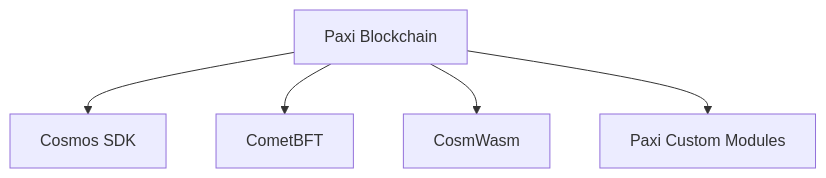
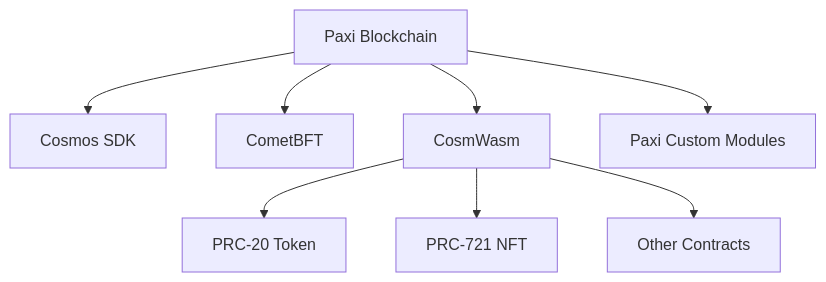
One commit to paxi-web3/paxi changed the diagram in README.md. Above: the diagram before and after it, drawn with Mermaid.

Commit message:
usual updates

````diff
--- a/README.md
+++ b/README.md
@@ -54,7 +54,10 @@
 ```mermaid
 graph TD
   A[Paxi Blockchain] --> B[Cosmos SDK]
   A --> C[CometBFT]
   A --> D[CosmWasm]
   A --> E[Paxi Custom Modules]
+  D --> F[PRC-20 Token]
+  D --> G[PRC-721 NFT]
+  D --> H[Other Contracts]
   ```
````
